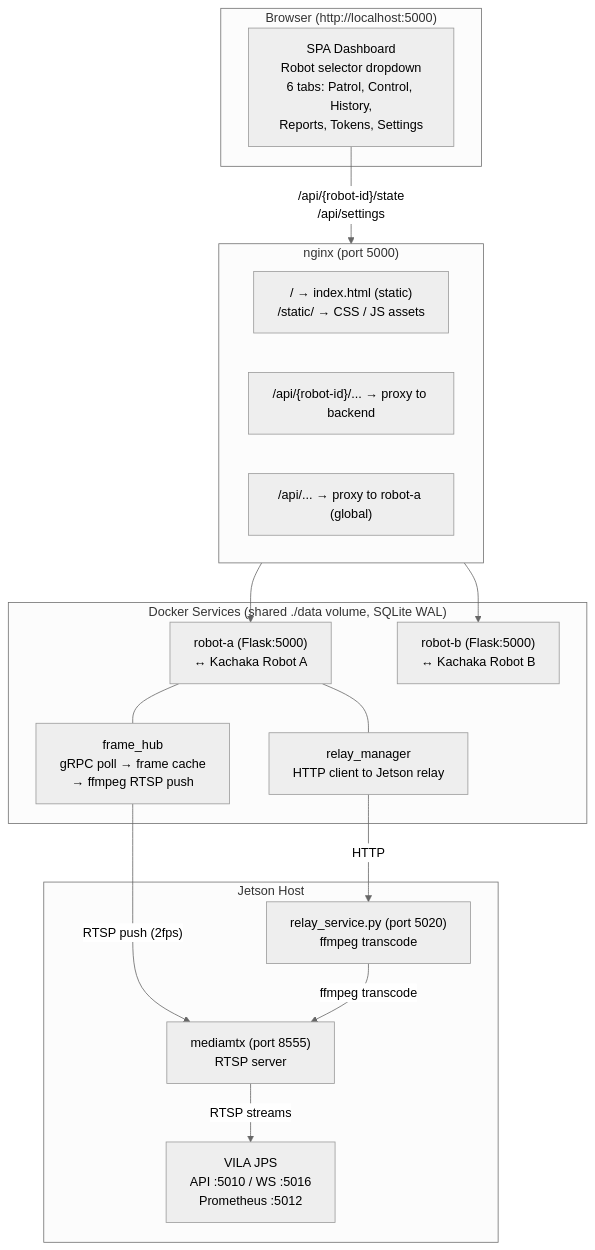
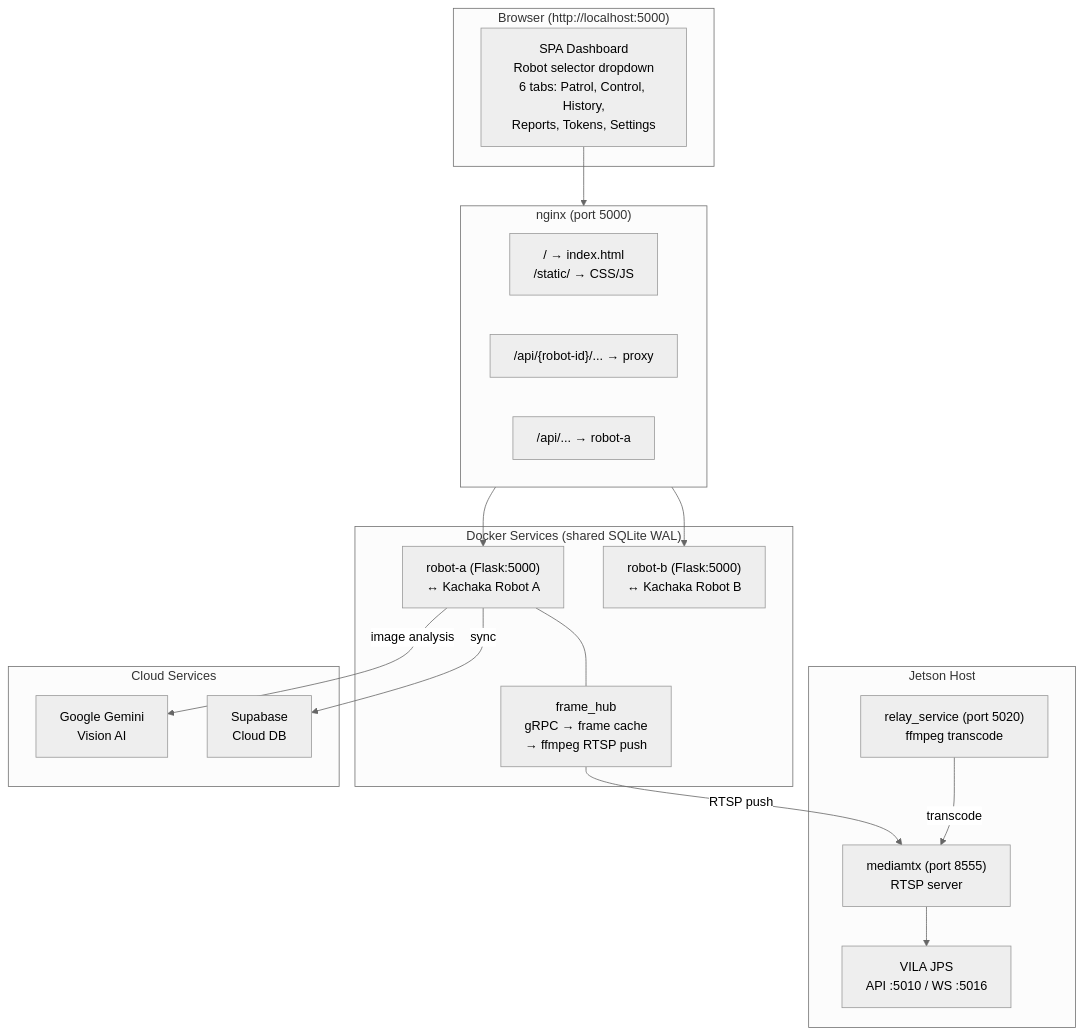
One commit to sigmarobotics/visual-patrol changed the first of 4 diagrams in README.md. Above: the diagram before and after it, drawn with Mermaid (neutral theme). The commit also changed other lines of this file and 2 other files, not shown here.

First line of the commit message:
docs: rewrite README and architecture docs with Mermaid diagrams

````diff
--- a/README.md
+++ b/README.md
@@ -30,35 +33,39 @@
 ```mermaid
 graph TB
     subgraph Browser["Browser (http://localhost:5000)"]
         UI["SPA Dashboard<br/>Robot selector dropdown<br/>6 tabs: Patrol, Control, History,<br/>Reports, Tokens, Settings"]
     end
 
     subgraph Nginx["nginx (port 5000)"]
-        Static["/ → index.html (static)<br/>/static/ → CSS / JS assets"]
-        RobotProxy["/api/{robot-id}/... → proxy to backend"]
-        GlobalProxy["/api/... → proxy to robot-a (global)"]
+        Static["/ → index.html<br/>/static/ → CSS/JS"]
+        RobotProxy["/api/{robot-id}/... → proxy"]
+        GlobalProxy["/api/... → robot-a"]
     end
 
-    subgraph Backends["Docker Services (shared ./data volume, SQLite WAL)"]
+    subgraph Backends["Docker Services (shared SQLite WAL)"]
         RobotA["robot-a (Flask:5000)<br/>↔ Kachaka Robot A"]
         RobotB["robot-b (Flask:5000)<br/>↔ Kachaka Robot B"]
-        FrameHub["frame_hub<br/>gRPC poll → frame cache<br/>→ ffmpeg RTSP push"]
-        RelayMgr["relay_manager<br/>HTTP client to Jetson relay"]
+        FrameHub["frame_hub<br/>gRPC → frame cache<br/>→ ffmpeg RTSP push"]
     end
 
     subgraph Jetson["Jetson Host"]
-        Relay["relay_service.py (port 5020)<br/>ffmpeg transcode"]
+        Relay["relay_service (port 5020)<br/>ffmpeg transcode"]
         MediaMTX["mediamtx (port 8555)<br/>RTSP server"]
-        VILA["VILA JPS<br/>API :5010 / WS :5016<br/>Prometheus :5012"]
+        VILA["VILA JPS<br/>API :5010 / WS :5016"]
     end
 
-    UI -->|"/api/{robot-id}/state<br/>/api/settings"| Nginx
+    subgraph Cloud["Cloud Services"]
+        Gemini["Google Gemini<br/>Vision AI"]
+        Supabase["Supabase<br/>Cloud DB"]
+    end
+
+    UI --> Nginx
     Nginx --> RobotA
     Nginx --> RobotB
     RobotA --- FrameHub
-    RobotA --- RelayMgr
-    FrameHub -->|"RTSP push (2fps)"| MediaMTX
-    RelayMgr -->|"HTTP"| Relay
-    Relay -->|"ffmpeg transcode"| MediaMTX
-    MediaMTX -->|"RTSP streams"| VILA
+    FrameHub -->|"RTSP push"| MediaMTX
+    Relay -->|"transcode"| MediaMTX
+    MediaMTX --> VILA
+    RobotA -->|"image analysis"| Gemini
+    RobotA -->|"sync"| Supabase
 ```
````
